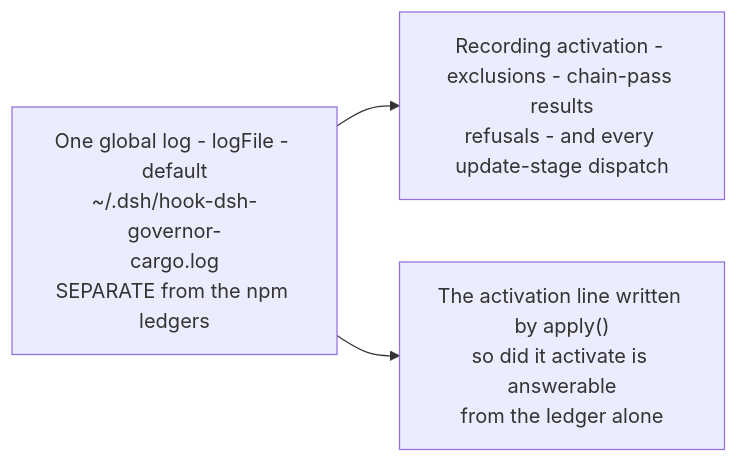
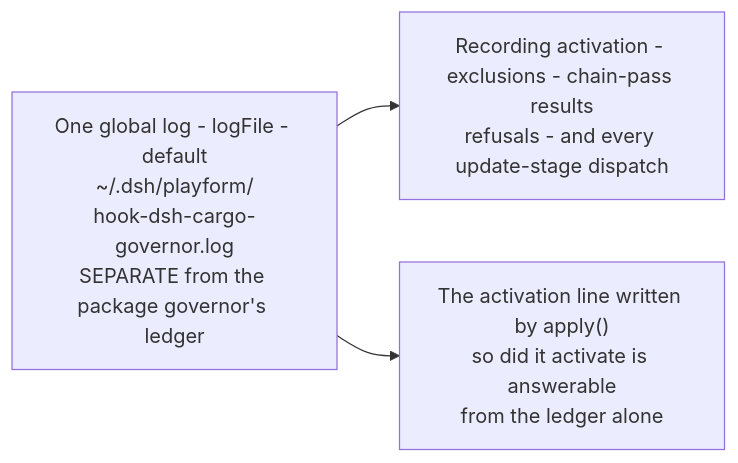
One commit to PlayForm/Site-DeepSeek changed the diagram in Source/Content/Mermaid/govcargo-ledger-log.mmd. Above: the diagram before and after it, drawn with Mermaid. The commit also changed 77 other files, not shown here.

```diff
--- a/Source/Content/Mermaid/govcargo-ledger-log.mmd
+++ b/Source/Content/Mermaid/govcargo-ledger-log.mmd
@@ -1,6 +1,6 @@
 flowchart LR
-	LOG["One global log - logFile - default<br/>~/.dsh/hook-dsh-governor-<br/>cargo.log<br/>SEPARATE from the npm ledgers"]
+	LOG["One global log - logFile - default<br/>~/.dsh/playform/<br/>hook-dsh-cargo-governor.log<br/>SEPARATE from the package governor's ledger"]
 	REC["Recording activation - exclusions - chain-pass results<br/>refusals - and every update-stage dispatch"]
 	ACT["The activation line written by apply()<br/>so did it activate is answerable<br/>from the ledger alone"]
 	LOG --> REC
 	LOG --> ACT
```
